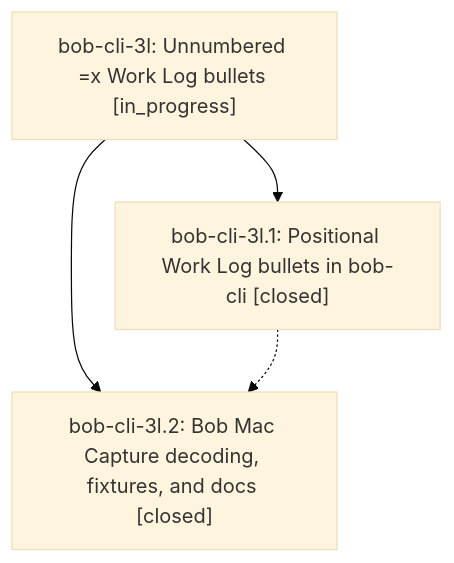
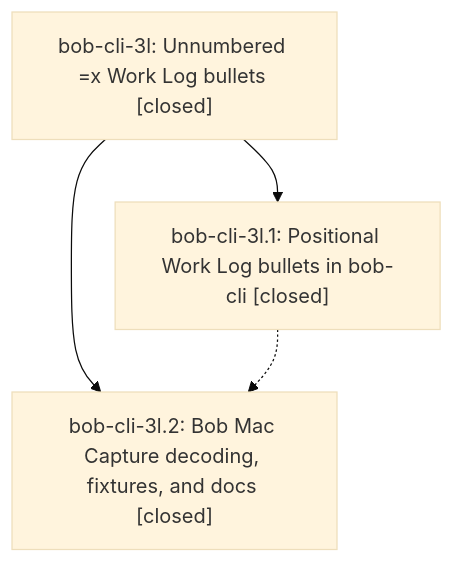
One commit to bobs-org/bob-cli--beads changed the diagram in pages/bob-cli-3l/README.md. Above: the diagram before and after it, drawn with Mermaid (base theme). The commit also changed other lines of this file, not shown here.

First line of the commit message:
chore(beads): sync bead state and pages for bob-cli-3l

````diff
--- a/pages/bob-cli-3l/README.md
+++ b/pages/bob-cli-3l/README.md
@@ -23,9 +33,9 @@
 ```mermaid
 flowchart TD
-    n0["bob-cli-3l: Unnumbered =x Work Log bullets [in_progress]"]
+    n0["bob-cli-3l: Unnumbered =x Work Log bullets [closed]"]
     n1["bob-cli-3l.1: Positional Work Log bullets in bob-cli [closed]"]
     n2["bob-cli-3l.2: Bob Mac Capture decoding, fixtures, and docs [closed]"]
     n0 --> n1
     n0 --> n2
     n1 -.-> n2
 ```
````
